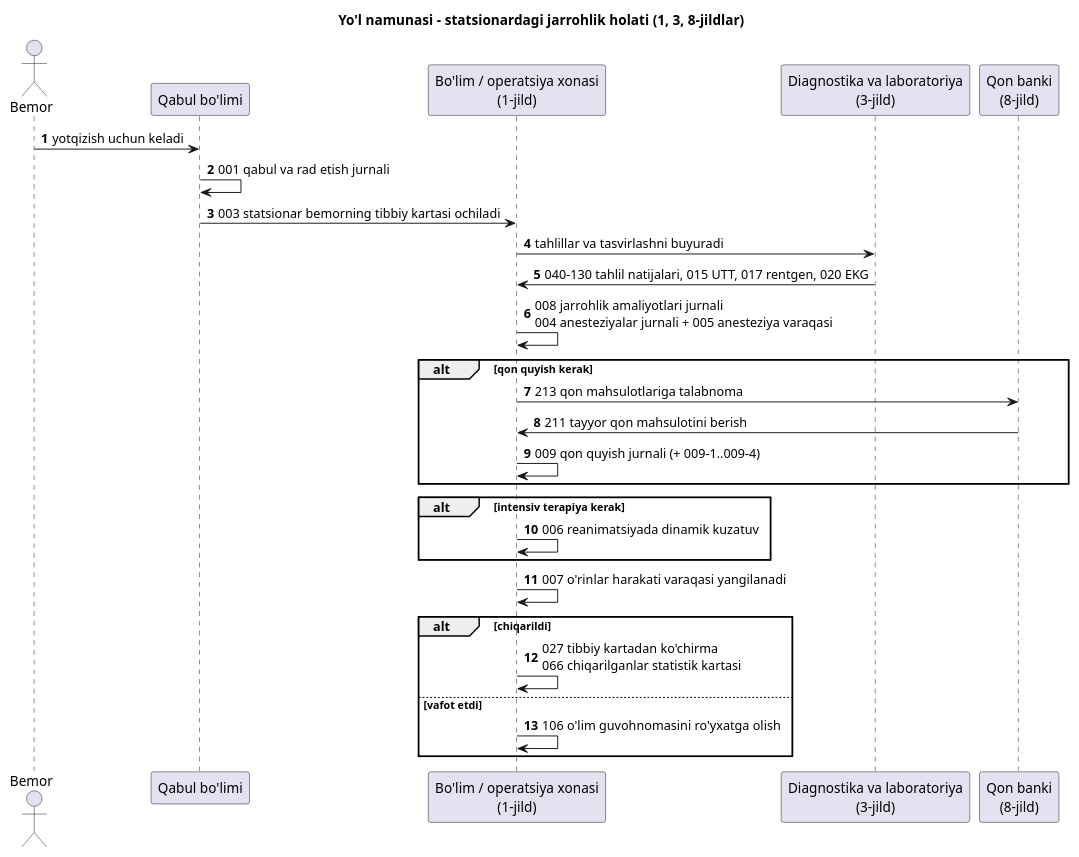
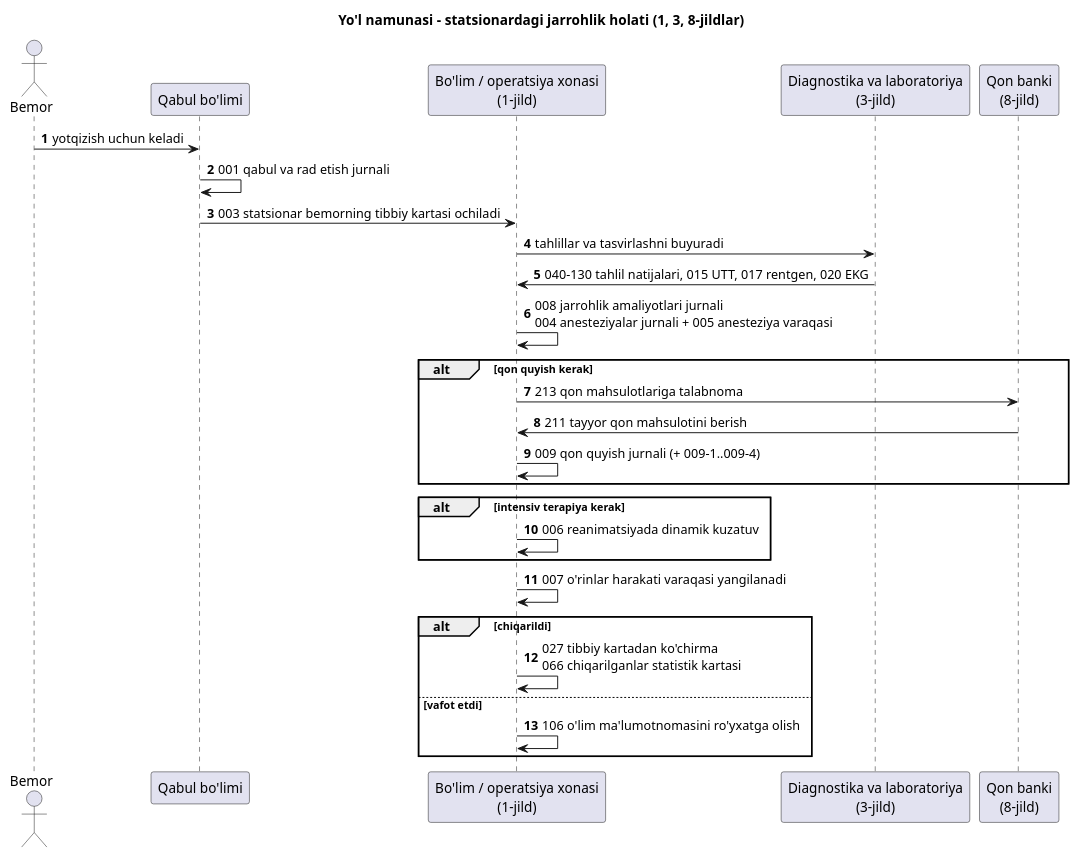
Before and after one commit to uzinfocom-org/digital-health-integration: the diagram in input/images-source/forms-journey-inpatient-uz.plantuml, drawn with PlantUML. The commit also changed 30 other files, not shown here.

```diff
--- a/input/images-source/forms-journey-inpatient-uz.plantuml
+++ b/input/images-source/forms-journey-inpatient-uz.plantuml
@@ -1,34 +1,34 @@
 @startuml forms-journey-inpatient-uz
 title Yo'l namunasi - statsionardagi jarrohlik holati (1, 3, 8-jildlar)
 autonumber
 
 actor Bemor as P
 participant "Qabul bo'limi" as ADM
 participant "Bo'lim / operatsiya xonasi\n(1-jild)" as WARD
 participant "Diagnostika va laboratoriya\n(3-jild)" as DX
 participant "Qon banki\n(8-jild)" as BB
 
 P -> ADM : yotqizish uchun keladi
 ADM -> ADM : 001 qabul va rad etish jurnali
 ADM -> WARD : 003 statsionar bemorning tibbiy kartasi ochiladi
 WARD -> DX : tahlillar va tasvirlashni buyuradi
 DX -> WARD : 040-130 tahlil natijalari, 015 UTT, 017 rentgen, 020 EKG
 WARD -> WARD : 008 jarrohlik amaliyotlari jurnali\n004 anesteziyalar jurnali + 005 anesteziya varaqasi
 
 alt qon quyish kerak
   WARD -> BB : 213 qon mahsulotlariga talabnoma
   BB -> WARD : 211 tayyor qon mahsulotini berish
   WARD -> WARD : 009 qon quyish jurnali (+ 009-1..009-4)
 end
 
 alt intensiv terapiya kerak
   WARD -> WARD : 006 reanimatsiyada dinamik kuzatuv
 end
 
 WARD -> WARD : 007 o'rinlar harakati varaqasi yangilanadi
 alt chiqarildi
   WARD -> WARD : 027 tibbiy kartadan ko'chirma\n066 chiqarilganlar statistik kartasi
 else vafot etdi
-  WARD -> WARD : 106 o'lim guvohnomasini ro'yxatga olish
+  WARD -> WARD : 106 o'lim ma'lumotnomasini ro'yxatga olish
 end
 @enduml
```
